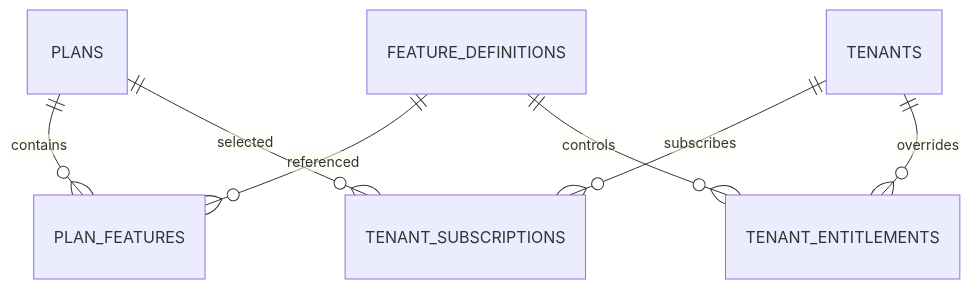
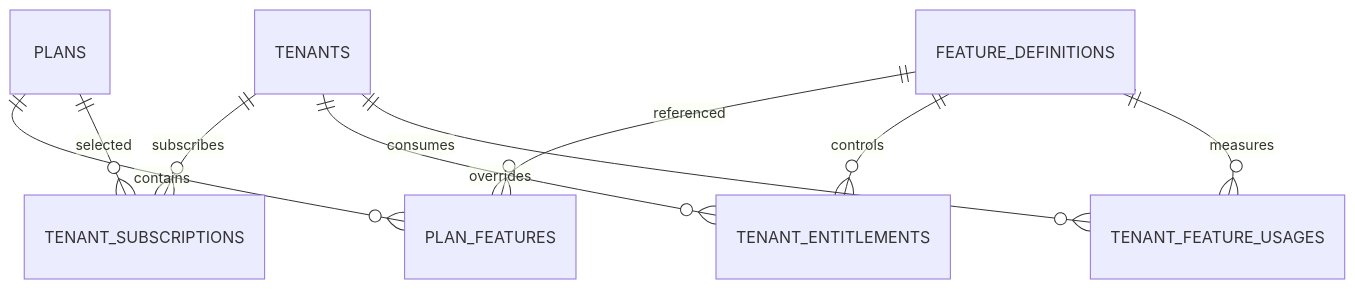
The sixth of 6 diagrams in server/docs/authorization-model-design.md (Asriel1134/asaas), drawn with Mermaid before and after one commit. The commit also changed other lines of this file and 27 other files, not shown here.

````diff
--- a/server/docs/authorization-model-design.md
+++ b/server/docs/authorization-model-design.md
@@ -1017,9 +1017,11 @@
 ```mermaid
 erDiagram
     PLANS ||--o{ PLAN_FEATURES : contains
     FEATURE_DEFINITIONS ||--o{ PLAN_FEATURES : referenced
     TENANTS ||--o{ TENANT_SUBSCRIPTIONS : subscribes
     PLANS ||--o{ TENANT_SUBSCRIPTIONS : selected
     TENANTS ||--o{ TENANT_ENTITLEMENTS : overrides
     FEATURE_DEFINITIONS ||--o{ TENANT_ENTITLEMENTS : controls
+    TENANTS ||--o{ TENANT_FEATURE_USAGES : consumes
+    FEATURE_DEFINITIONS ||--o{ TENANT_FEATURE_USAGES : measures
 ```
````
